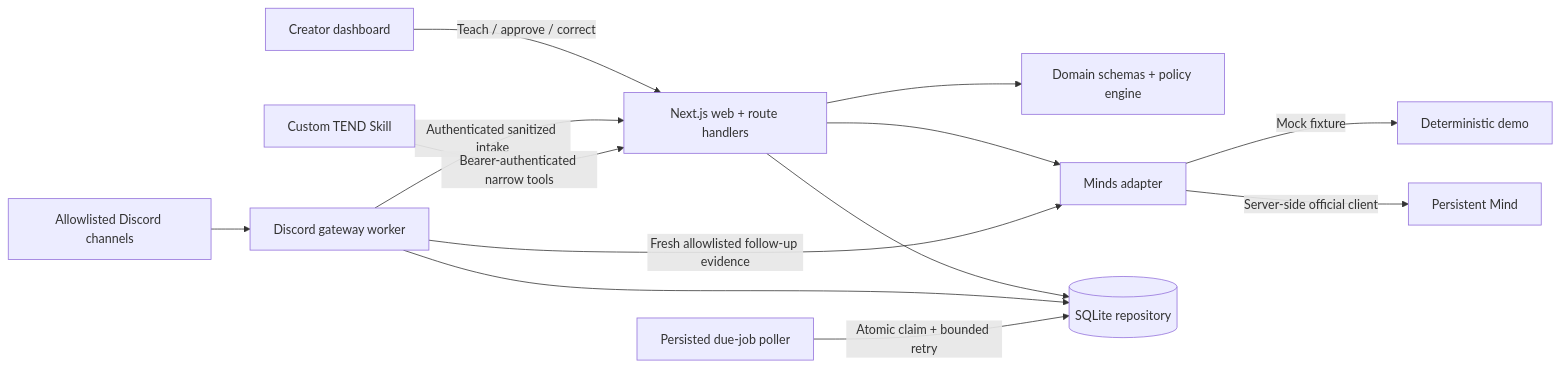
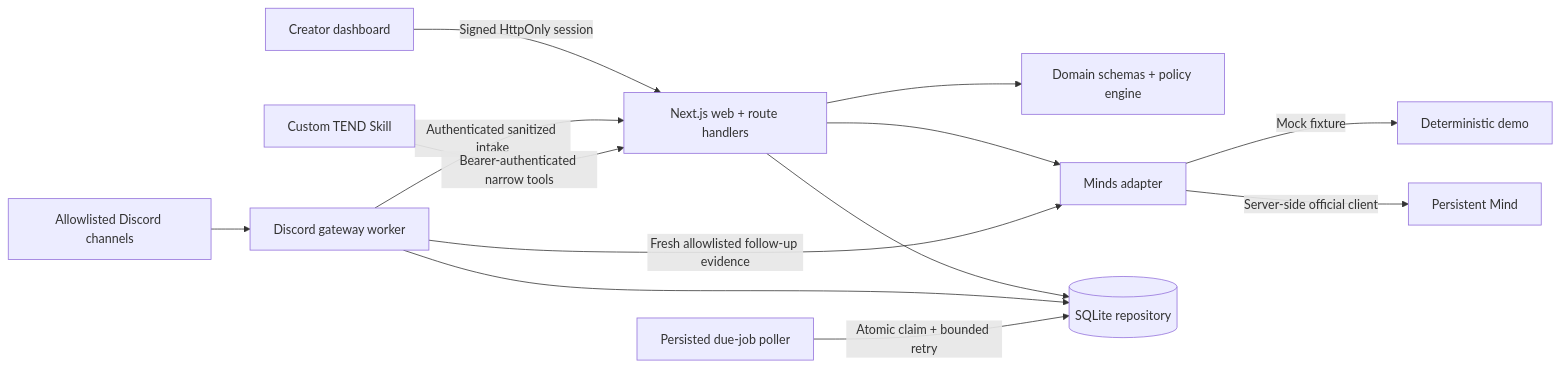
One commit to tang-vu/tend changed the diagram in docs/ARCHITECTURE.md. Above: the diagram before and after it, drawn with Mermaid. The commit also changed other lines of this file and 47 other files, not shown here.

Commit message:
feat: authenticate the live creator dashboard

````diff
--- a/docs/ARCHITECTURE.md
+++ b/docs/ARCHITECTURE.md
@@ -5,15 +5,15 @@
 ```mermaid
 flowchart LR
-  Creator[Creator dashboard] -->|Teach / approve / correct| Web[Next.js web + route handlers]
+  Creator[Creator dashboard] -->|Signed HttpOnly session| Web[Next.js web + route handlers]
   Discord[Allowlisted Discord channels] --> Worker[Discord gateway worker]
   Worker -->|Authenticated sanitized intake| Web
   Web --> Core[Domain schemas + policy engine]
   Web --> Minds[Minds adapter]
   Worker -->|Fresh allowlisted follow-up evidence| Minds
   Minds -->|Mock fixture| Mock[Deterministic demo]
   Minds -->|Server-side official client| Live[Persistent Mind]
   Web --> DB[(SQLite repository)]
   Worker --> DB
   Scheduler[Persisted due-job poller] -->|Atomic claim + bounded retry| DB
   MindSkill[Custom TEND Skill] -->|Bearer-authenticated narrow tools| Web
 ```
````
